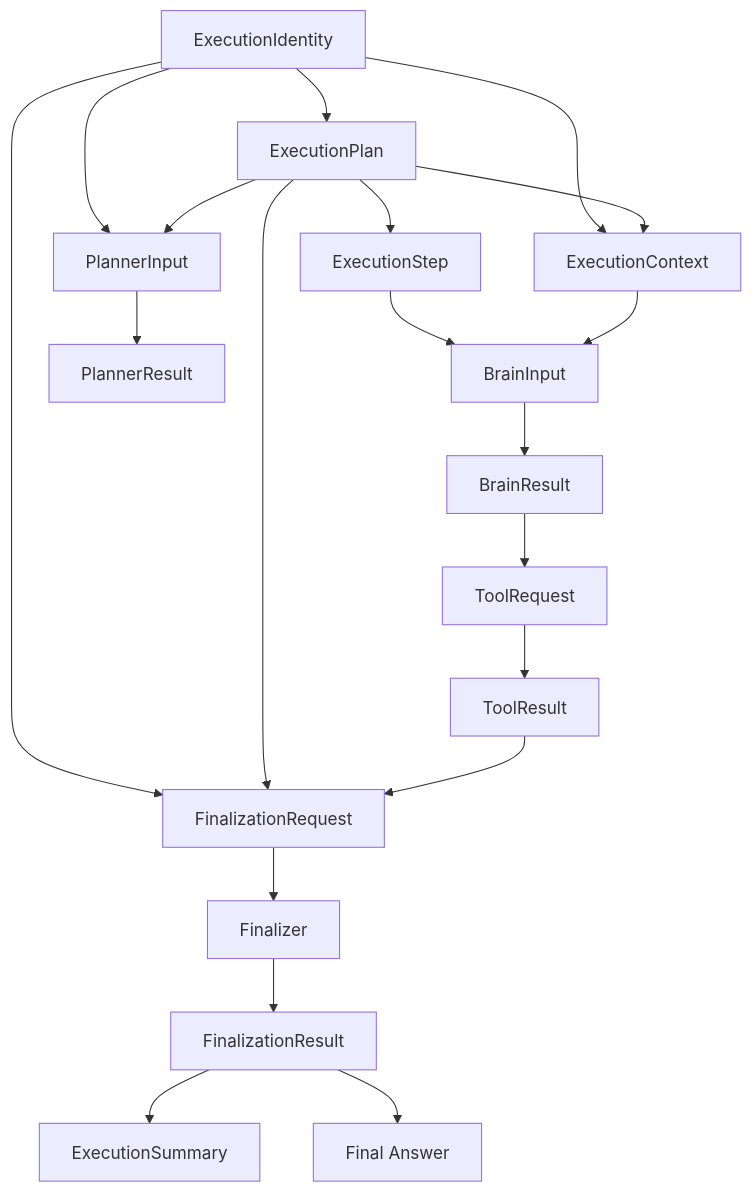
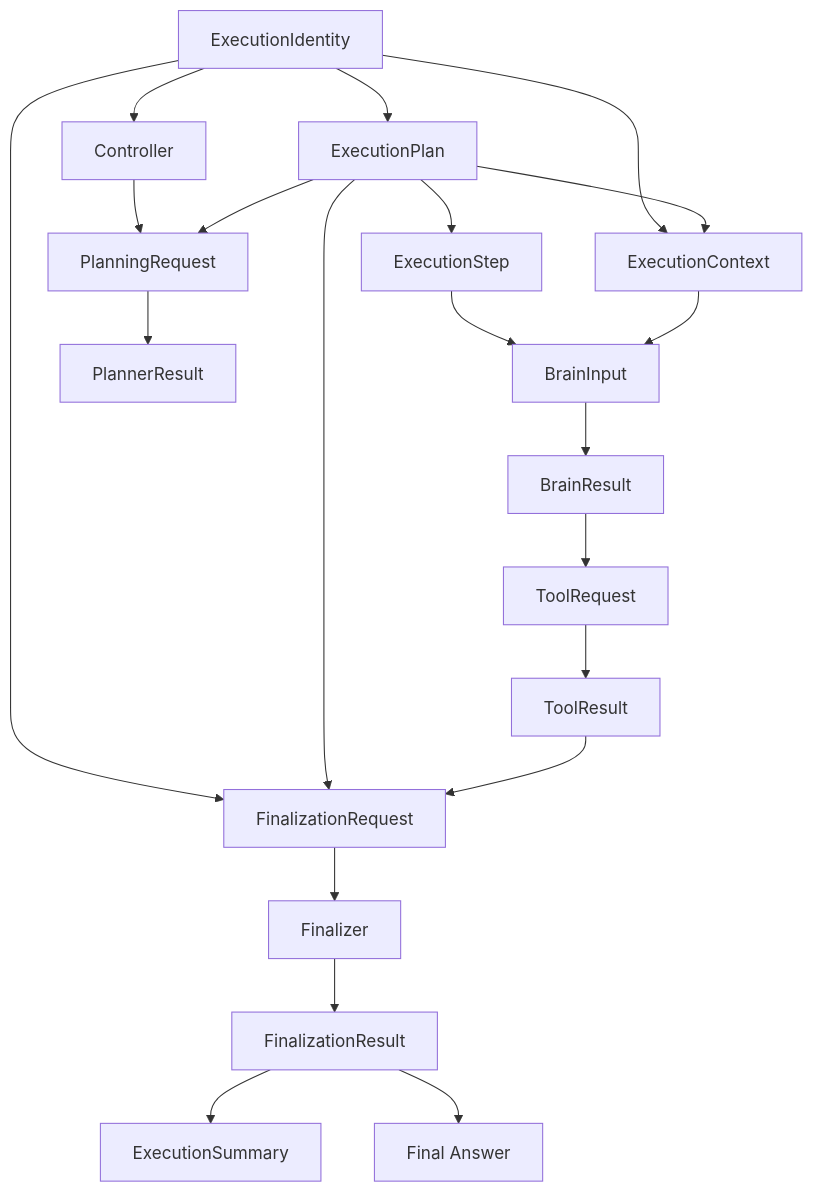
One commit to canoz85/cortex-node changed the diagram in docs/protocol/CEP-005-protocol-data-contracts.md. Above: the diagram before and after it, drawn with Mermaid. The commit also changed 44 other files, not shown here.

First line of the commit message:
Refactor planner and controller integration for improved execution flow

````diff
--- a/docs/protocol/CEP-005-protocol-data-contracts.md
+++ b/docs/protocol/CEP-005-protocol-data-contracts.md
@@ -527,22 +527,23 @@
 ```mermaid
 flowchart TD
     EI[ExecutionIdentity] --> EP[ExecutionPlan]
     EP --> ES[ExecutionStep]
     EI --> EC[ExecutionContext]
     EP --> EC
     ES --> BI[BrainInput]
     EC --> BI
     BI --> BR[BrainResult]
     BR --> TRQ[ToolRequest]
     TRQ --> TRS[ToolResult]
-    EI --> PI[PlannerInput]
+    EI --> C[Controller]
+    C --> PI[PlanningRequest]
     EP --> PI
     PI --> PR[PlannerResult]
     EI --> FI[FinalizationRequest]
     EP --> FI
     TRS --> FI
     FI --> F[Finalizer]
     F --> FR[FinalizationResult]
     FR --> ESUM[ExecutionSummary]
     FR --> FA[Final Answer]
 ```
````
